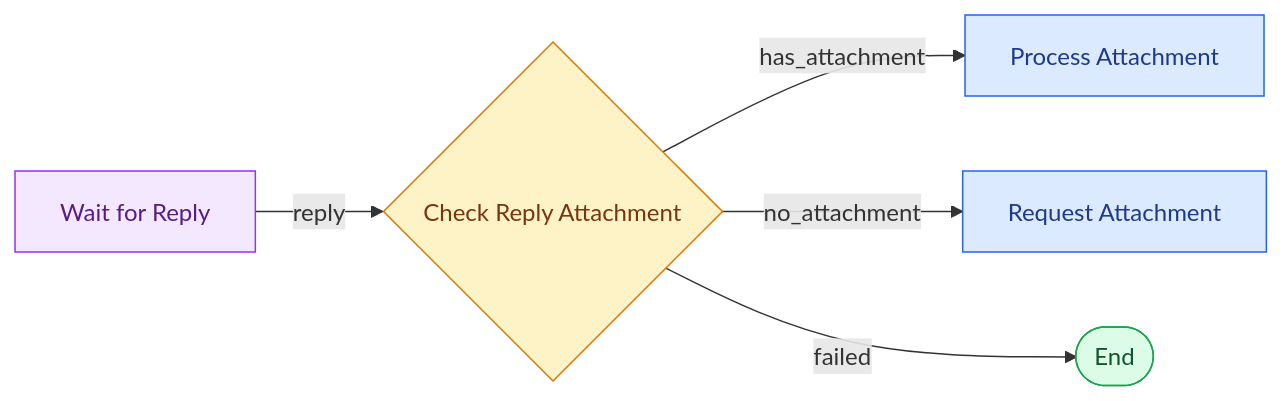
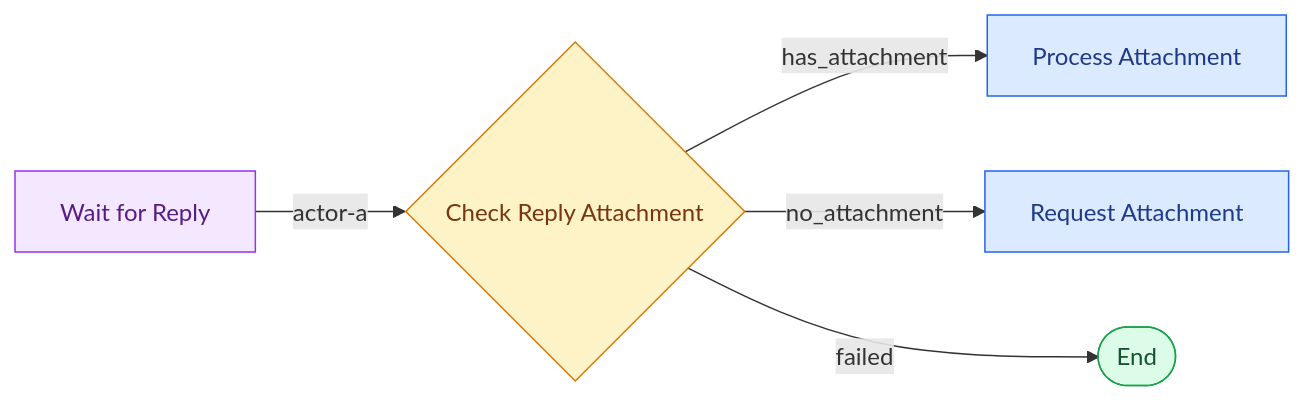
The diagram in public/documentation/10-check-reply-attachment.md (Nazyli/simflow-web), drawn with Mermaid before and after one commit. The commit also changed other lines of this file and 8 other files, not shown here.

Commit message:
docs: update wait-for-reply picker guidance

```diff
--- a/public/documentation/10-check-reply-attachment.md
+++ b/public/documentation/10-check-reply-attachment.md
@@ -13,15 +13,15 @@
 ~~~mermaid
 flowchart LR
-    A[Wait for Reply] -->|reply| B{Check Reply Attachment}
+    A[Wait for Reply] -->|actor-a| B{Check Reply Attachment}
     B -->|has_attachment| C[Process Attachment]
     B -->|no_attachment| D[Request Attachment]
     B -->|failed| E([End])
     classDef wait fill:#f3e8ff,stroke:#9333ea,color:#581c87
     classDef condition fill:#fef3c7,stroke:#d97706,color:#78350f
     classDef action fill:#dbeafe,stroke:#2563eb,color:#1e3a8a
     classDef terminal fill:#dcfce7,stroke:#16a34a,color:#14532d
     class A wait
     class B condition
     class C,D action
     class E terminal
 ~~~
```
